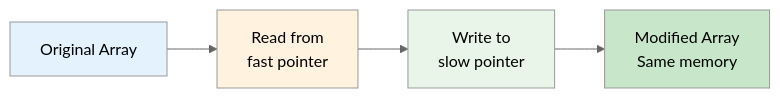
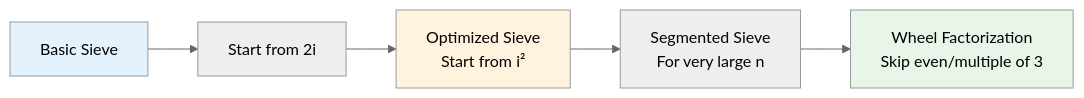
Before and after one commit to LuckyLongre123/README_RUNNER: the tenth of 13 diagrams in README.md, drawn with Mermaid (neutral theme). The commit also changed other lines of this file, not shown here.

````diff
--- a/README.md
+++ b/README.md
@@ -344,11 +332,11 @@
 ```mermaid
 flowchart LR
-    A["Original Array"] --> B["Read from<br/>fast pointer"]
-    B --> C["Write to<br/>slow pointer"]
-    C --> D["Modified Array<br/>Same memory"]
+    A[Basic Sieve] --> B[Start from 2i]
+    B --> C[Optimized Sieve<br/>Start from i²]
+    C --> D[Segmented Sieve<br/>For very large n]
+    D --> E[Wheel Factorization<br/>Skip even/multiple of 3]
     
     style A fill:#e3f2fd
-    style B fill:#fff3e0
-    style C fill:#e8f5e8
-    style D fill:#c8e6c9
+    style C fill:#fff3e0
+    style E fill:#e8f5e8
 ```
````
